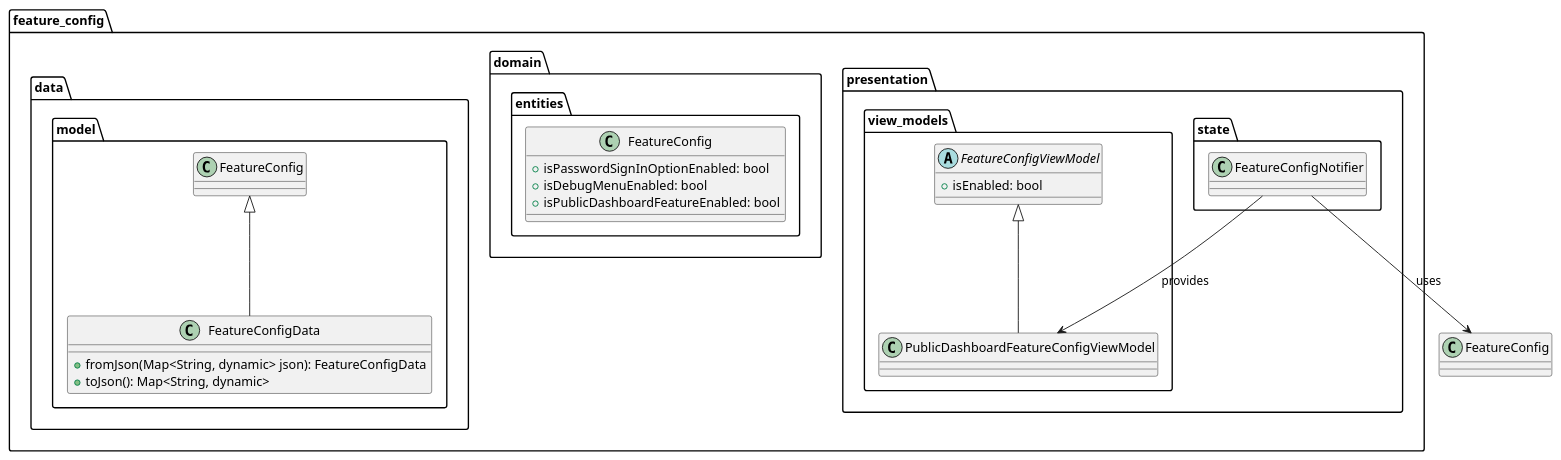
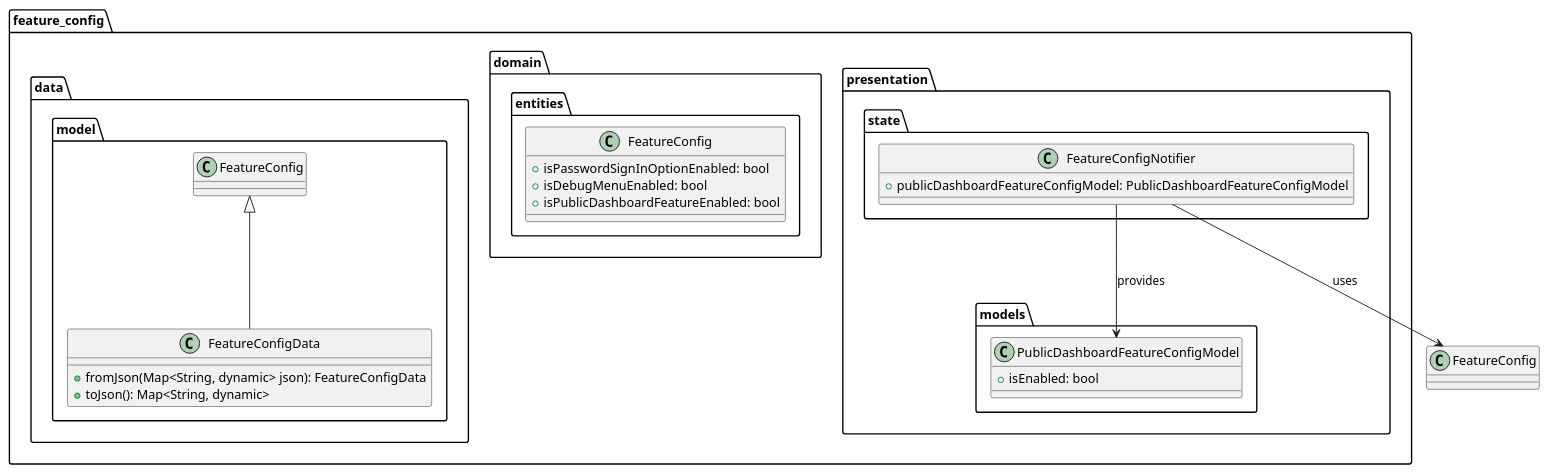
The diagram in metrics/web/docs/features/public_dashboard/diagrams/public_dashboard_feature_config_class_diagram.puml (Flank/flank-dashboard), drawn with PlantUML before and after one commit. The commit also changed 4 other files, not shown here.

Commit message:
[WIP] Implement new component diagram. Add overall class diagram. Rewrite the architecture section.

```diff
--- a/metrics/web/docs/features/public_dashboard/diagrams/public_dashboard_feature_config_class_diagram.puml
+++ b/metrics/web/docs/features/public_dashboard/diagrams/public_dashboard_feature_config_class_diagram.puml
@@ -1,37 +1,37 @@
 @startuml public_dashboard_feature_config_class_diagram
 
 package feature_config {
     package presentation {
-        package view_models {
-            class PublicDashboardFeatureConfigViewModel extends FeatureConfigViewModel {}
-
-            abstract class FeatureConfigViewModel {
+        package models {
+            class PublicDashboardFeatureConfigModel {
                 + isEnabled: bool
             }
         }
 
         package state {
-            class FeatureConfigNotifier {}
+            class FeatureConfigNotifier {
+                + publicDashboardFeatureConfigModel: PublicDashboardFeatureConfigModel
+            }
         }
     }
 
     package domain.entities {
         class FeatureConfig {
             + isPasswordSignInOptionEnabled: bool
             + isDebugMenuEnabled: bool
             + isPublicDashboardFeatureEnabled: bool
         }
     }
 
     package data.model {
         class FeatureConfigData extends FeatureConfig {
             + fromJson(Map<String, dynamic> json): FeatureConfigData
             + toJson(): Map<String, dynamic>
         }
     }
 }
 
 FeatureConfigNotifier --> FeatureConfig: uses
-FeatureConfigNotifier --> PublicDashboardFeatureConfigViewModel: provides
+FeatureConfigNotifier --> PublicDashboardFeatureConfigModel: provides
 
 @enduml
```
